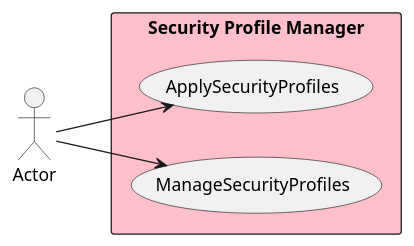
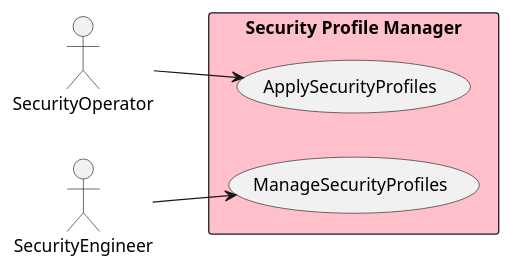
The diagram in docs/edgemere/sa/spm/usecases.puml (madajaju/edgemere), drawn with PlantUML before and after one commit. The commit also changed 1199 other files, not shown here.

```diff
--- a/docs/edgemere/sa/spm/usecases.puml
+++ b/docs/edgemere/sa/spm/usecases.puml
@@ -1,16 +1,16 @@
 @startuml
 
 left to right direction
-Actor "Actor" as Actor
-Actor "Actor" as Actor
+Actor "SecurityOperator" as SecurityOperator
+Actor "SecurityEngineer" as SecurityEngineer
 
 
 rectangle "Security Profile Manager" #pink {
 usecase "ApplySecurityProfiles" as ApplySecurityProfiles
-    Actor --> ApplySecurityProfiles
+    SecurityOperator --> ApplySecurityProfiles
     usecase "ManageSecurityProfiles" as ManageSecurityProfiles
-    Actor --> ManageSecurityProfiles
+    SecurityEngineer --> ManageSecurityProfiles
     }
 
 
 @enduml
```
